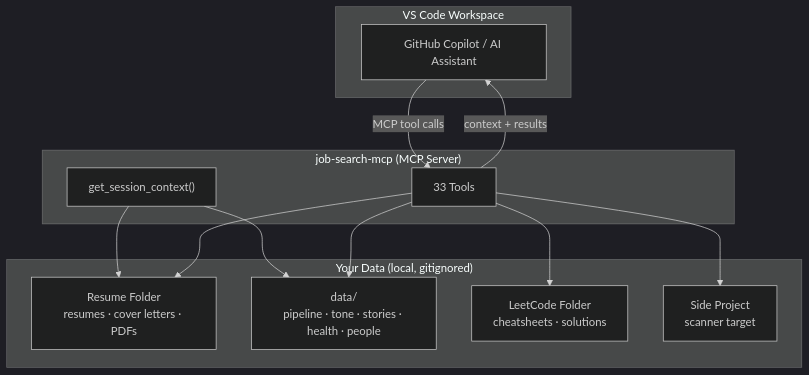
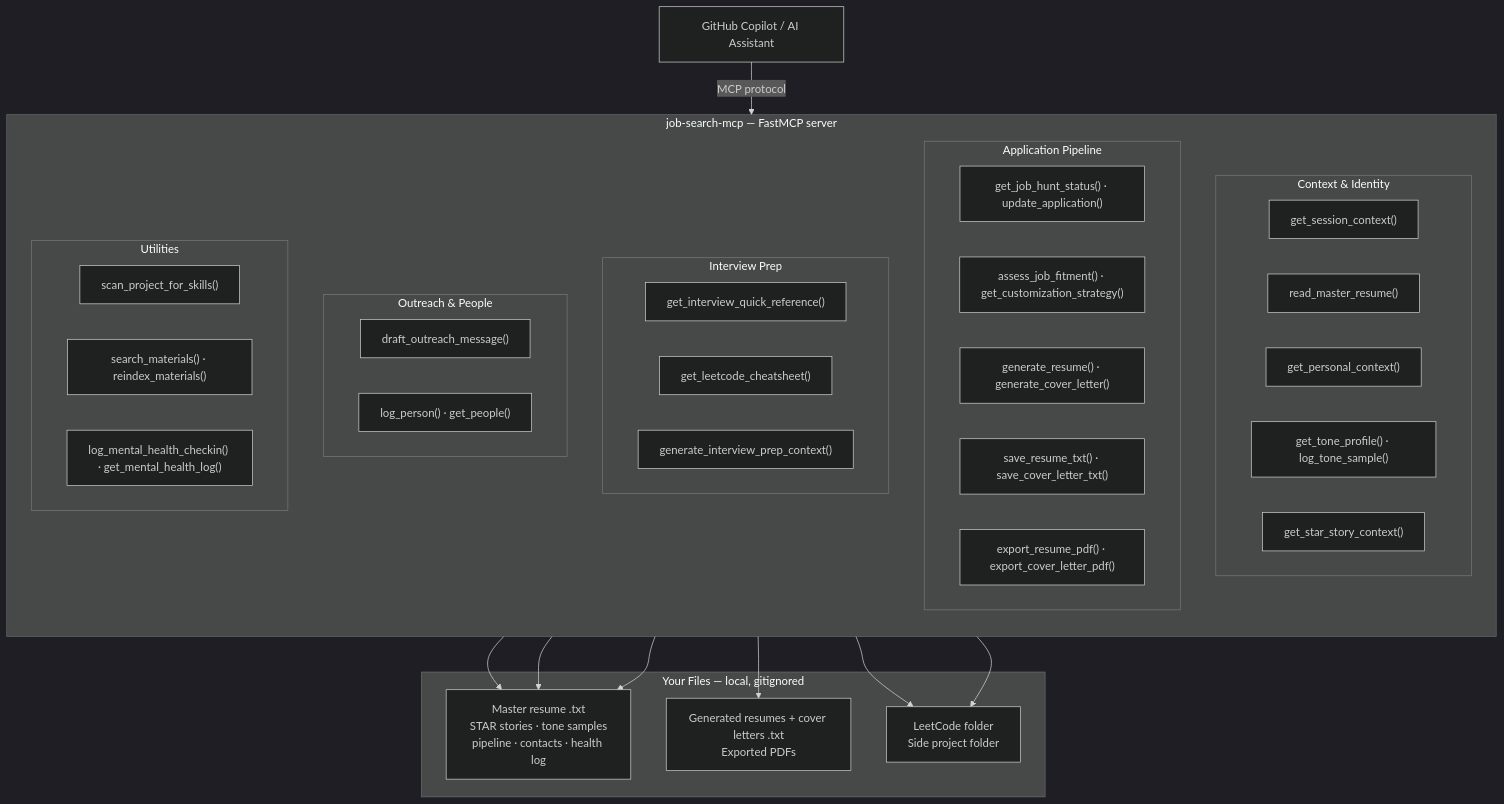
Before and after one commit to JustLikeFrank3/jobContextMCP: the first of 2 diagrams in README.md, drawn with Mermaid (dark theme). The commit also changed other lines of this file, not shown here.

Commit message:
docs: replace placeholder Mermaid diagrams with full tool architecture and end-to-end pipeline

````diff
--- a/README.md
+++ b/README.md
@@ -33,27 +33,56 @@
 ```mermaid
 graph TB
-    subgraph ws["VS Code Workspace"]
-        ai["GitHub Copilot / AI Assistant"]
+    AI["GitHub Copilot / AI Assistant"]
+
+    AI -->|MCP protocol| SERVER
+
+    subgraph SERVER["job-search-mcp  —  FastMCP server"]
+        direction TB
+
+        subgraph CTX["Context & Identity"]
+            T1["get_session_context()"]
+            T2["read_master_resume()"]
+            T3["get_personal_context()"]
+            T4["get_tone_profile() · log_tone_sample()"]
+            T5["get_star_story_context()"]
+        end
+
+        subgraph PIPELINE["Application Pipeline"]
+            T6["get_job_hunt_status() · update_application()"]
+            T7["assess_job_fitment() · get_customization_strategy()"]
+            T8["generate_resume() · generate_cover_letter()"]
+            T9["save_resume_txt() · save_cover_letter_txt()"]
+            T10["export_resume_pdf() · export_cover_letter_pdf()"]
+        end
+
+        subgraph INTERVIEW["Interview Prep"]
+            T11["get_interview_quick_reference()"]
+            T12["get_leetcode_cheatsheet()"]
+            T13["generate_interview_prep_context()"]
+        end
+
+        subgraph NETWORK["Outreach & People"]
+            T14["draft_outreach_message()"]
+            T15["log_person() · get_people()"]
+        end
+
+        subgraph UTIL["Utilities"]
+            T16["scan_project_for_skills()"]
+            T17["search_materials() · reindex_materials()"]
+            T18["log_mental_health_checkin() · get_mental_health_log()"]
+        end
     end
 
-    subgraph mcp["job-search-mcp (MCP Server)"]
-        session["get_session_context()"]
-        tools["33 Tools"]
+    subgraph FILES["Your Files  —  local, gitignored"]
+        F1["Master resume .txt\nSTAR stories · tone samples\npipeline · contacts · health log"]
+        F2["Generated resumes + cover letters .txt\nExported PDFs"]
+        F3["LeetCode folder\nSide project folder"]
     end
 
-    subgraph data["Your Data (local, gitignored)"]
-        resume["Resume Folder\nresumes · cover letters · PDFs"]
-        json["data/\npipeline · tone · stories · health · people"]
-        leet["LeetCode Folder\ncheatsheets · solutions"]
-        proj["Side Project\nscanner target"]
-    end
-
-    ai -->|"MCP tool calls"| tools
-    tools -->|"context + results"| ai
-    session --> resume
-    session --> json
-    tools --> resume
-    tools --> json
-    tools --> leet
-    tools --> proj
+    CTX --> F1
+    PIPELINE --> F1
+    PIPELINE --> F2
+    INTERVIEW --> F3
+    UTIL --> F3
+    UTIL --> F1
 ```
````
